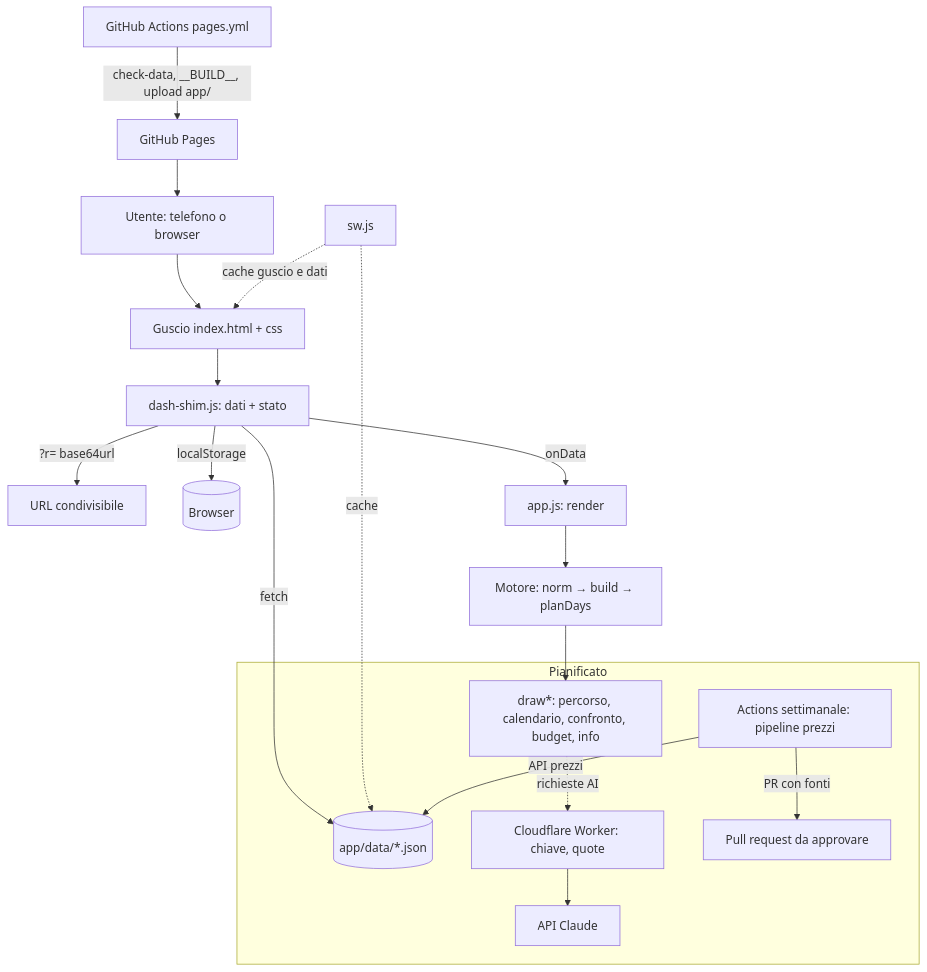
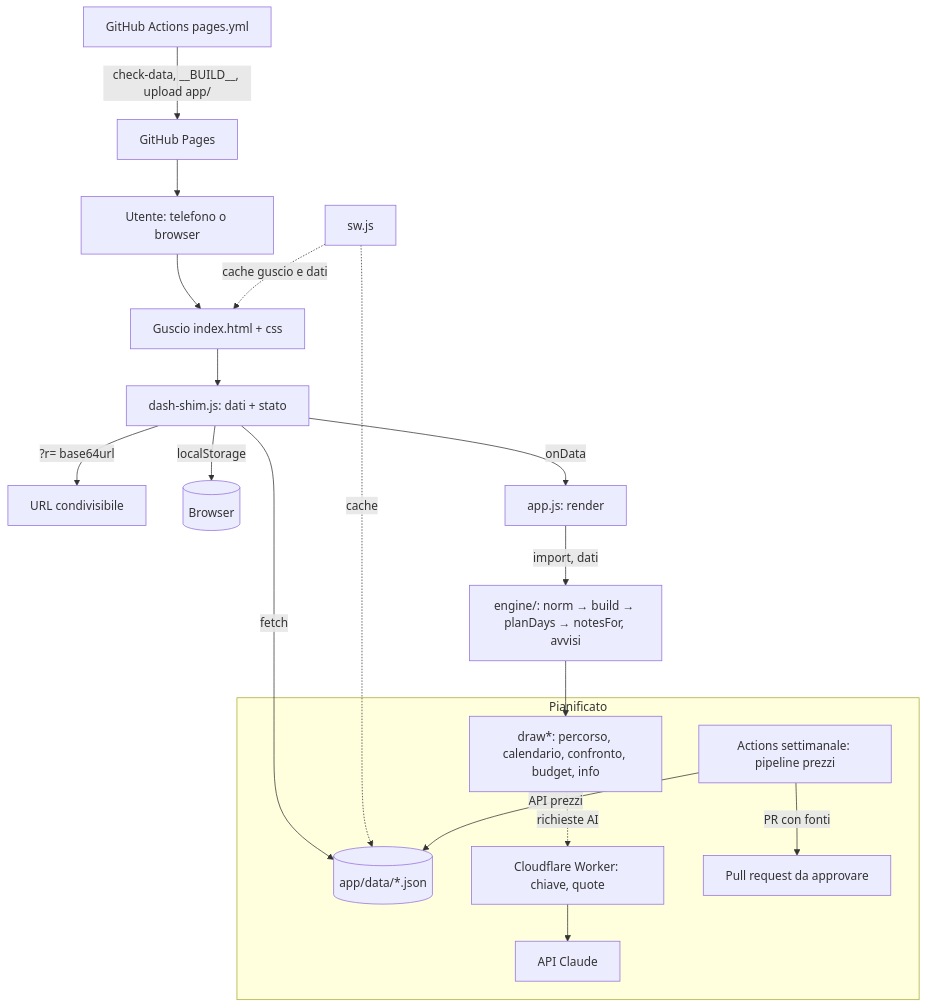
Before and after one commit to gdelprato/japan-tour-planner: the diagram in docs/architecture.md, drawn with Mermaid. The commit also changed other lines of this file and 6 other files, not shown here.

````diff
--- a/docs/architecture.md
+++ b/docs/architecture.md
@@ -48,21 +48,21 @@
 ```mermaid
 graph TD
     U[Utente: telefono o browser] --> H[Guscio index.html + css]
     H --> S[dash-shim.js: dati + stato]
     S -->|fetch| D[(app/data/*.json)]
     S -->|?r= base64url| URL[URL condivisibile]
     S -->|localStorage| LS[(Browser)]
     S -->|onData| A[app.js: render]
-    A --> E[Motore: norm → build → planDays]
+    A -->|import, dati| E[engine/: norm → build → planDays → notesFor, avvisi]
     E --> V[draw*: percorso, calendario, confronto, budget, info]
     SW[sw.js] -. cache guscio e dati .-> H
     SW -. cache .-> D
     GH[GitHub Actions pages.yml] -->|check-data, __BUILD__, upload app/| P[GitHub Pages]
     P --> U
     subgraph Pianificato
       V -. richieste AI .-> W[Cloudflare Worker: chiave, quote]
       W --> C[API Claude]
       J[Actions settimanale: pipeline prezzi] -->|API prezzi| D
       J -->|PR con fonti| R[Pull request da approvare]
     end
 ```
````
